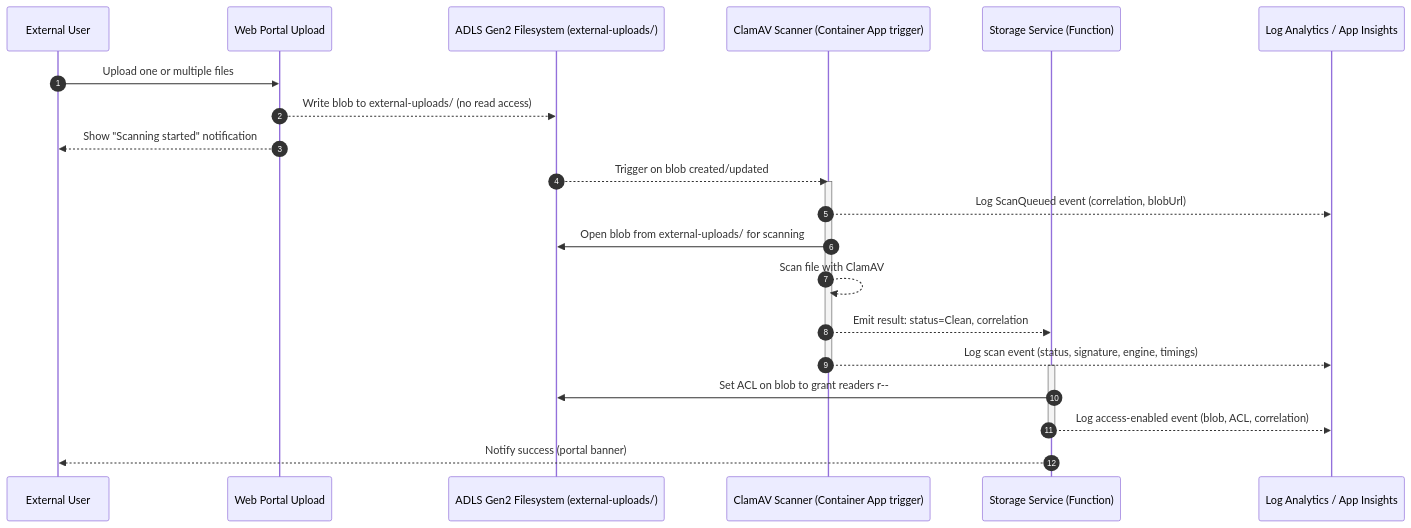
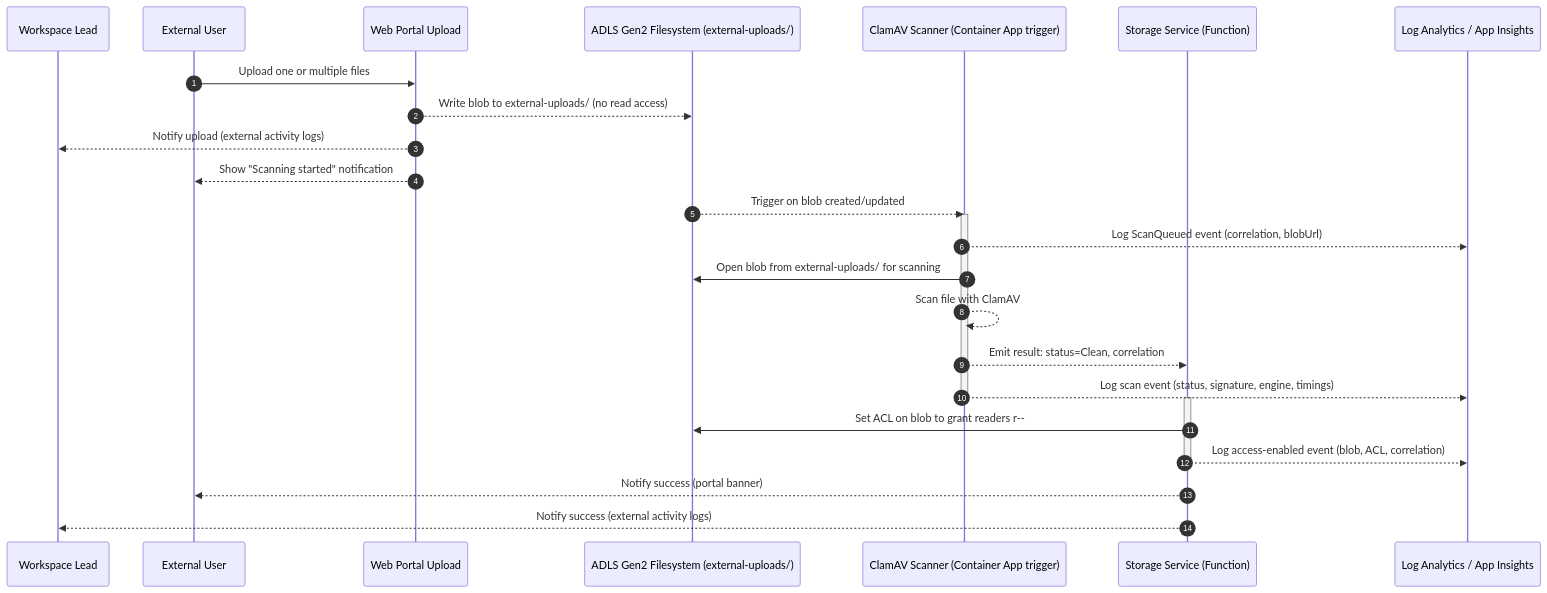
The first of 2 diagrams in DeveloperGuide/ClamAV/clamav-ACLs.md (ssc-sp/datahub-docs), drawn with Mermaid before and after one commit. The commit also changed other lines of this file, not shown here.

Commit message:
Update sequence diagrams for ClamAV ACLs
Adds Workspace Lead

````diff
--- a/DeveloperGuide/ClamAV/clamav-ACLs.md
+++ b/DeveloperGuide/ClamAV/clamav-ACLs.md
@@ -28,27 +28,30 @@
 ```mermaid
 sequenceDiagram
 autonumber
+participant WL as Workspace Lead
 participant U as External User
 participant UC as Web Portal Upload
 participant FS as ADLS Gen2 Filesystem (external-uploads/)
 participant AV as ClamAV Scanner (Container App trigger)
 participant AS as Storage Service (Function)
 participant L as Log Analytics / App Insights
 
 U->>UC: Upload one or multiple files
 UC-->>FS: Write blob to external-uploads/ (no read access)
+UC-->>WL: Notify upload (external activity logs)
 UC-->>U: Show "Scanning started" notification
 FS-->>AV: Trigger on blob created/updated
 activate AV
 AV-->>L: Log ScanQueued event (correlation, blobUrl)
 AV->>FS: Open blob from external-uploads/ for scanning
 AV-->>AV: Scan file with ClamAV
 AV-->>AS: Emit result: status=Clean, correlation
 AV-->>L: Log scan event (status, signature, engine, timings)
 deactivate AV
 activate AS
 AS->>FS: Set ACL on blob to grant readers r--
 AS-->>L: Log access-enabled event (blob, ACL, correlation)
 deactivate AS
 AS-->>U: Notify success (portal banner)
+AS-->>WL: Notify success (external activity logs)
 ```
````
